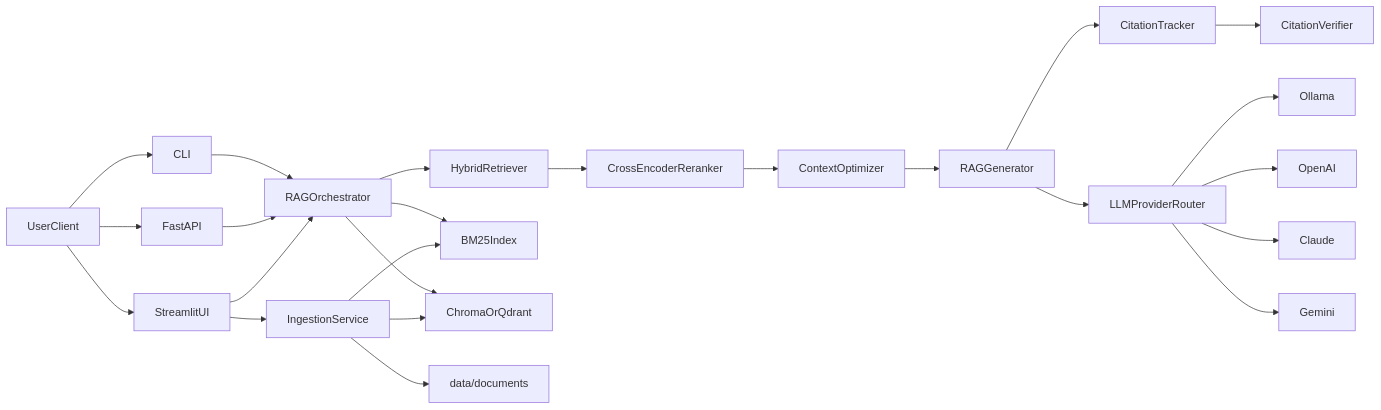
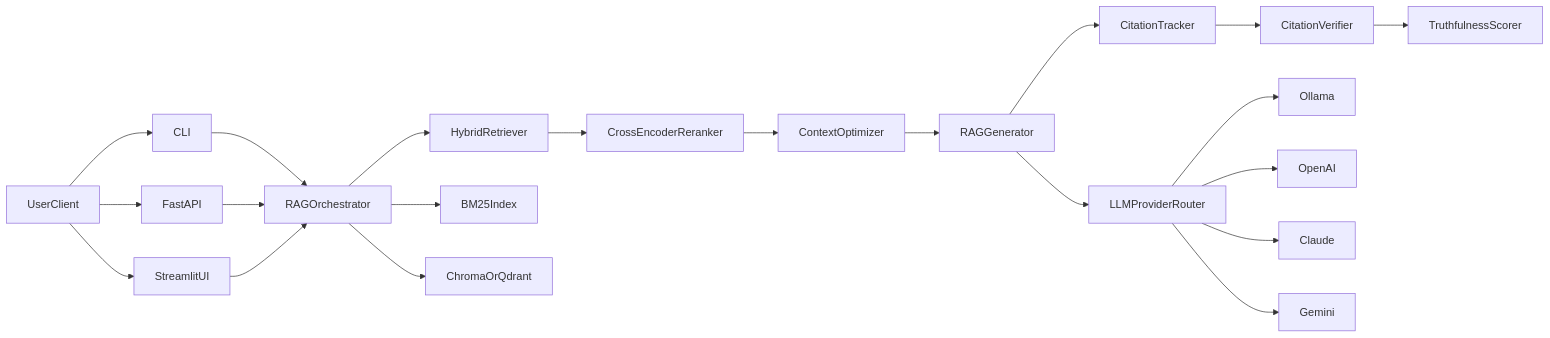
The first of 2 diagrams in README.md (vampokala/doc-ingestion), drawn with Mermaid before and after one commit. The commit also changed other lines of this file and 29 other files, not shown here.

````diff
--- a/README.md
+++ b/README.md
@@ -23,26 +91,23 @@
 ```mermaid
 flowchart LR
   userClient[UserClient] --> cliLayer[CLI]
   userClient --> apiLayer[FastAPI]
   userClient --> streamlitUi[StreamlitUI]
   cliLayer --> orchestrator[RAGOrchestrator]
   apiLayer --> orchestrator
   streamlitUi --> orchestrator
   orchestrator --> hybridRetriever[HybridRetriever]
   hybridRetriever --> reranker[CrossEncoderReranker]
   reranker --> contextOptimizer[ContextOptimizer]
   contextOptimizer --> generator[RAGGenerator]
   generator --> citationTracker[CitationTracker]
   citationTracker --> citationVerifier[CitationVerifier]
+  citationVerifier --> truthfulness[TruthfulnessScorer]
   generator --> llmRouter[LLMProviderRouter]
   llmRouter --> ollamaProvider[Ollama]
   llmRouter --> openaiProvider[OpenAI]
   llmRouter --> anthropicProvider[Claude]
   llmRouter --> geminiProvider[Gemini]
   orchestrator --> bm25Store[BM25Index]
   orchestrator --> vectorStore[ChromaOrQdrant]
-  streamlitUi --> ingestService[IngestionService]
-  ingestService --> documentsDir[data/documents]
-  ingestService --> bm25Store
-  ingestService --> vectorStore
 ```
````
